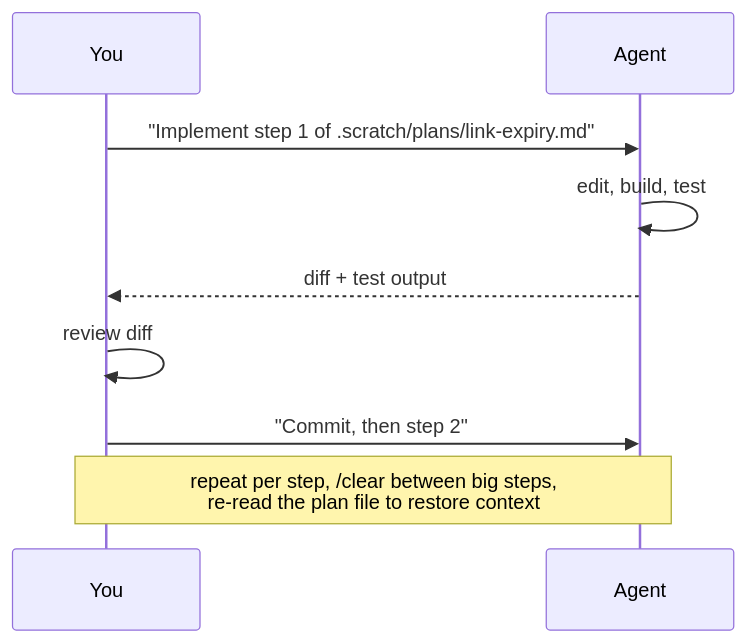
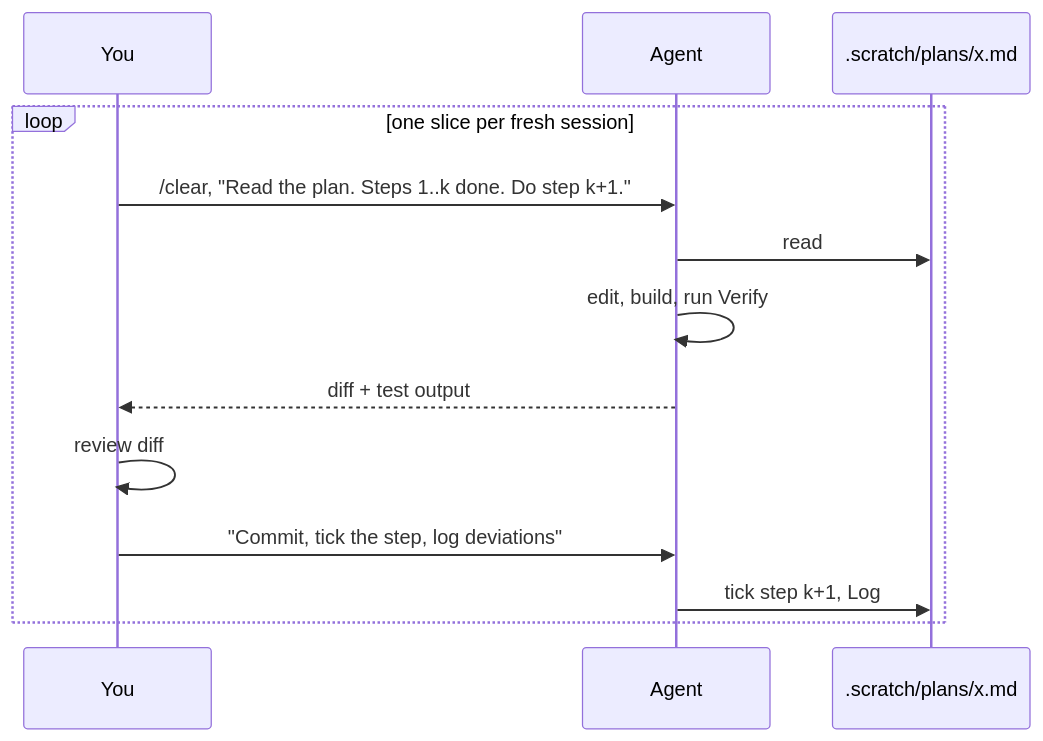
The third of 4 diagrams in levels/L3-spec-plan-code.md (tomschinelli/ai-engineering-guide), drawn with Mermaid before and after one commit. The commit also changed other lines of this file and 1 other file, not shown here.

First line of the commit message:
L3: rework workflow to Spec → Plan → Slices → PR

````diff
--- a/levels/L3-spec-plan-code.md
+++ b/levels/L3-spec-plan-code.md
@@ -213,11 +365,15 @@
 ```mermaid
 sequenceDiagram
     participant You
     participant Agent
-    You->>Agent: "Implement step 1 of .scratch/plans/link-expiry.md"
-    Agent->>Agent: edit, build, test
-    Agent-->>You: diff + test output
-    You->>You: review diff
-    You->>Agent: "Commit, then step 2"
-    Note over You,Agent: repeat per step, /clear between big steps,<br/>re-read the plan file to restore context
+    participant Plan as .scratch/plans/x.md
+    loop one slice per fresh session
+        You->>Agent: /clear, "Read the plan. Steps 1..k done. Do step k+1."
+        Agent->>Plan: read
+        Agent->>Agent: edit, build, run Verify
+        Agent-->>You: diff + test output
+        You->>You: review diff
+        You->>Agent: "Commit, tick the step, log deviations"
+        Agent->>Plan: tick step k+1, Log
+    end
 ```
````
